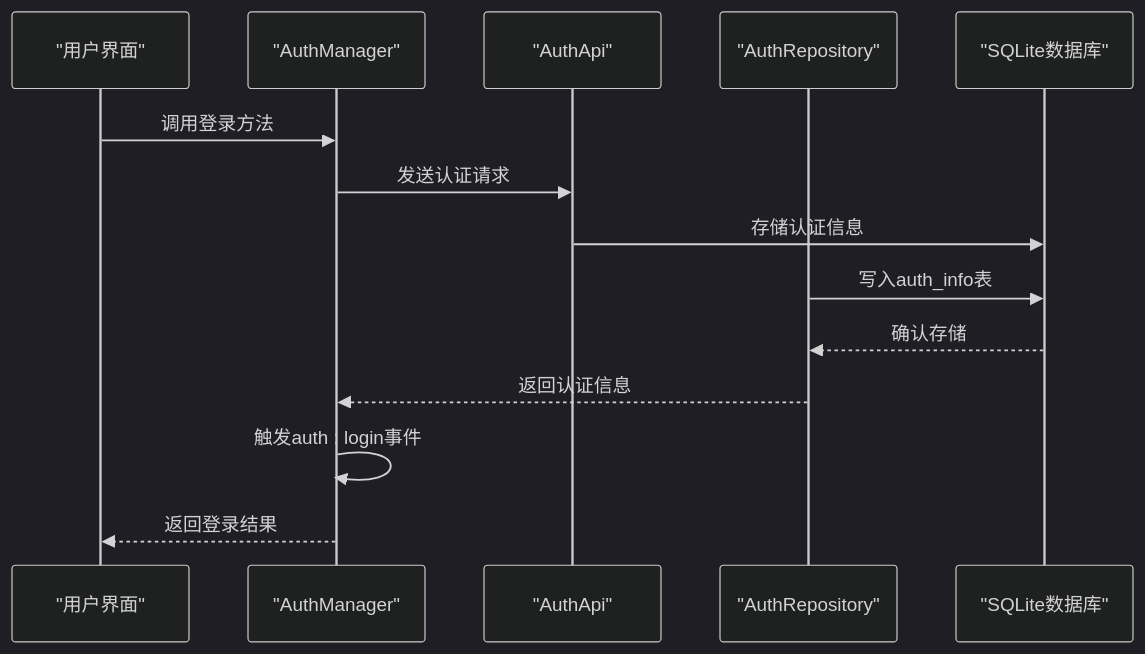
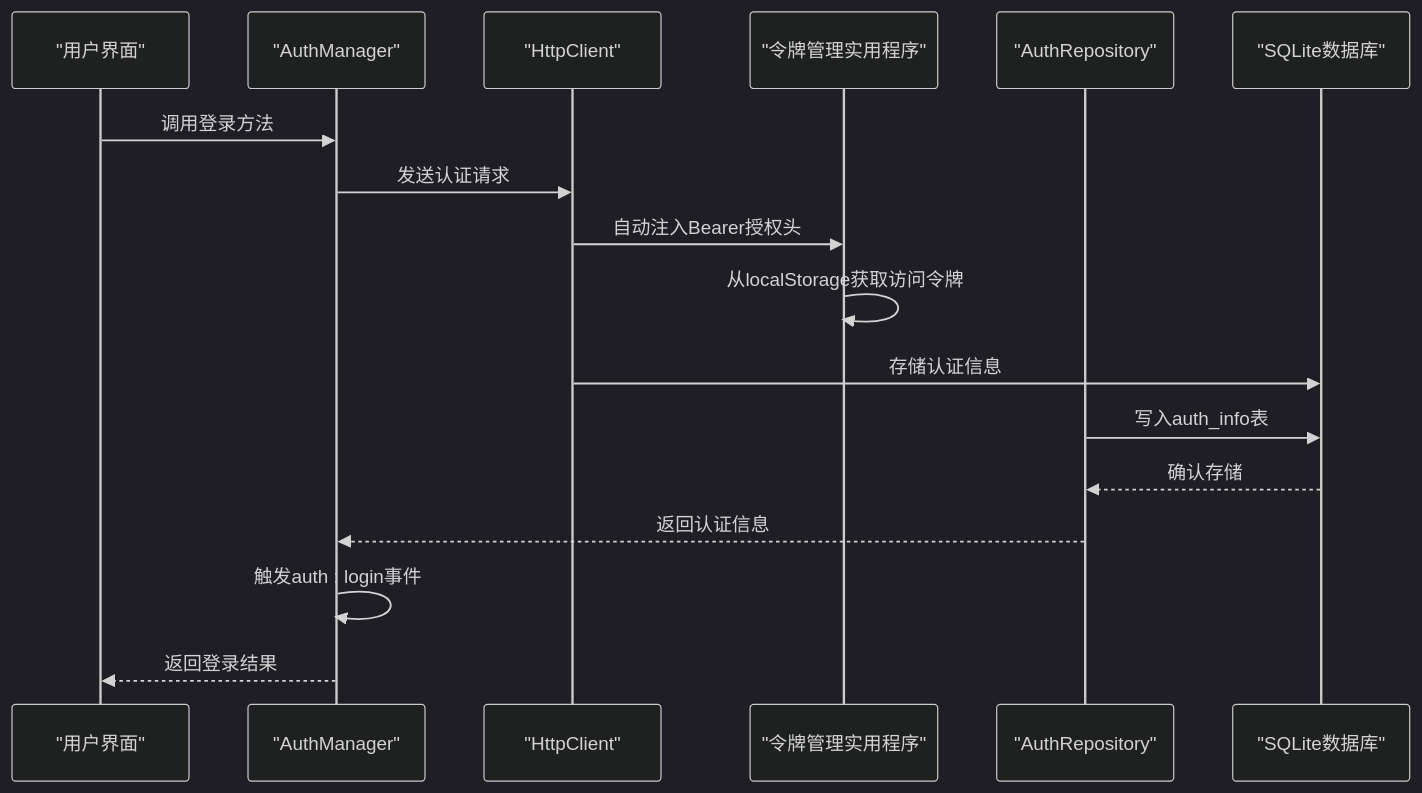
One commit to LRF0422/Kotion changed the second of 6 diagrams in .qoder/repowiki/zh/content/API参考/认证API.md. Above: the diagram before and after it, drawn with Mermaid (dark theme). The commit also changed other lines of this file and 13 other files, not shown here.

````diff
--- a/.qoder/repowiki/zh/content/API参考/认证API.md
+++ b/.qoder/repowiki/zh/content/API参考/认证API.md
@@ -121,16 +155,19 @@
 ```mermaid
 sequenceDiagram
 participant U as "用户界面"
 participant AM as "AuthManager"
-participant AA as "AuthApi"
+participant HC as "HttpClient"
+participant TM as "令牌管理实用程序"
 participant AR as "AuthRepository"
 participant DB as "SQLite数据库"
 U->>AM : 调用登录方法
-AM->>AA : 发送认证请求
-AA->>DB : 存储认证信息
+AM->>HC : 发送认证请求
+HC->>TM : 自动注入Bearer授权头
+TM->>TM : 从localStorage获取访问令牌
+HC->>DB : 存储认证信息
 AR->>DB : 写入auth_info表
 DB-->>AR : 确认存储
 AR-->>AM : 返回认证信息
 AM->>AM : 触发auth : login事件
 AM-->>U : 返回登录结果
 ```
````
